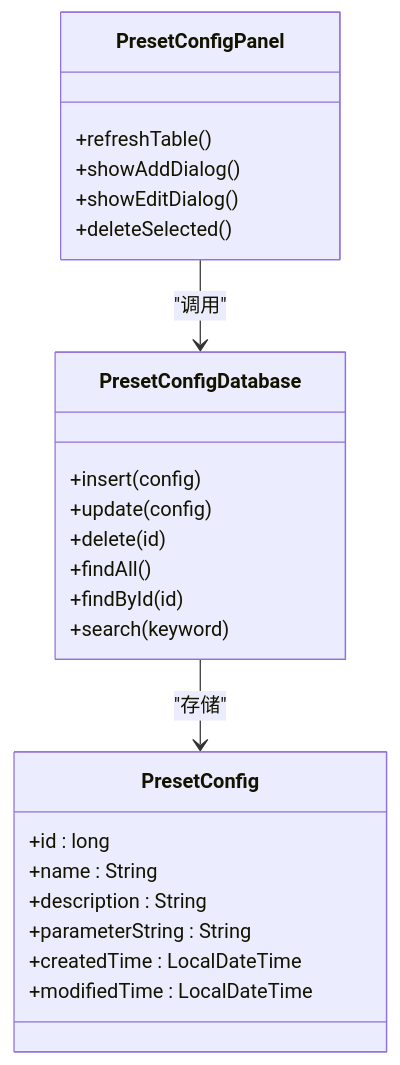
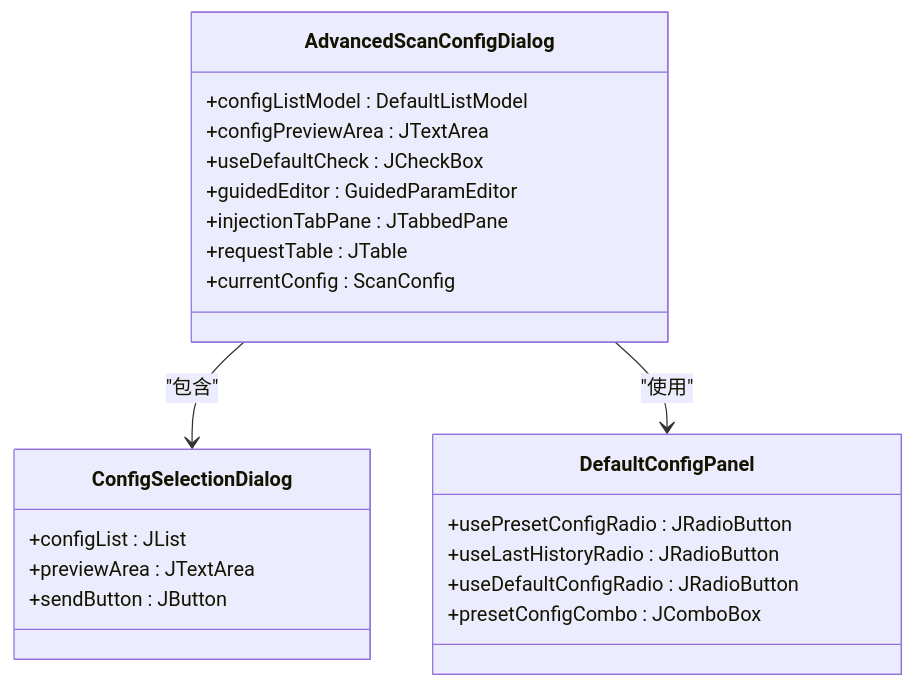
The sixth of 10 diagrams in .qoder/repowiki/zh/content/外部系统集成/Burp Suite插件集成/Burp Suite插件集成.md (GitHubNull/sqlmapWebUI), drawn with Mermaid before and after one commit. The commit also changed other lines of this file and 4 other files, not shown here.

````diff
--- a/.qoder/repowiki/zh/content/外部系统集成/Burp Suite插件集成/Burp Suite插件集成.md
+++ b/.qoder/repowiki/zh/content/外部系统集成/Burp Suite插件集成/Burp Suite插件集成.md
@@ -219,27 +223,25 @@
 ```mermaid
 classDiagram
-class PresetConfigDatabase {
-+insert(config)
-+update(config)
-+delete(id)
-+findAll()
-+findById(id)
-+search(keyword)
+class AdvancedScanConfigDialog {
++configListModel : DefaultListModel
++configPreviewArea : JTextArea
++useDefaultCheck : JCheckBox
++guidedEditor : GuidedParamEditor
++injectionTabPane : JTabbedPane
++requestTable : JTable
++currentConfig : ScanConfig
 }
-class PresetConfig {
-+id : long
-+name : String
-+description : String
-+parameterString : String
-+createdTime : LocalDateTime
-+modifiedTime : LocalDateTime
+class ConfigSelectionDialog {
++configList : JList
++previewArea : JTextArea
++sendButton : JButton
 }
-class PresetConfigPanel {
-+refreshTable()
-+showAddDialog()
-+showEditDialog()
-+deleteSelected()
+class DefaultConfigPanel {
++usePresetConfigRadio : JRadioButton
++useLastHistoryRadio : JRadioButton
++useDefaultConfigRadio : JRadioButton
++presetConfigCombo : JComboBox
 }
-PresetConfigDatabase --> PresetConfig : "存储"
-PresetConfigPanel --> PresetConfigDatabase : "调用"
+AdvancedScanConfigDialog --> ConfigSelectionDialog : "包含"
+AdvancedScanConfigDialog --> DefaultConfigPanel : "使用"
 ```
````
